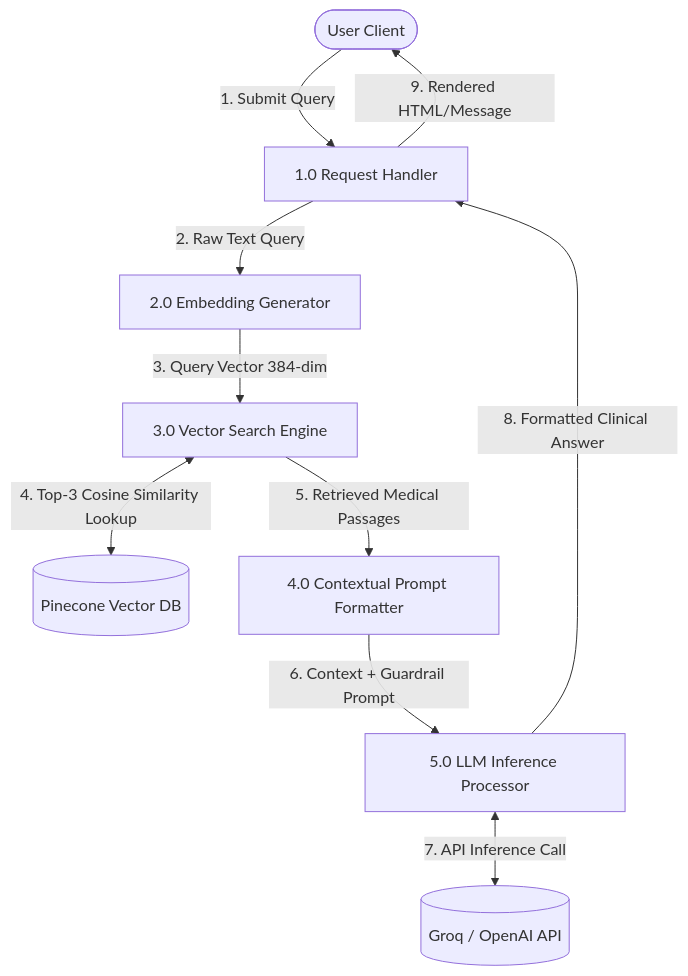
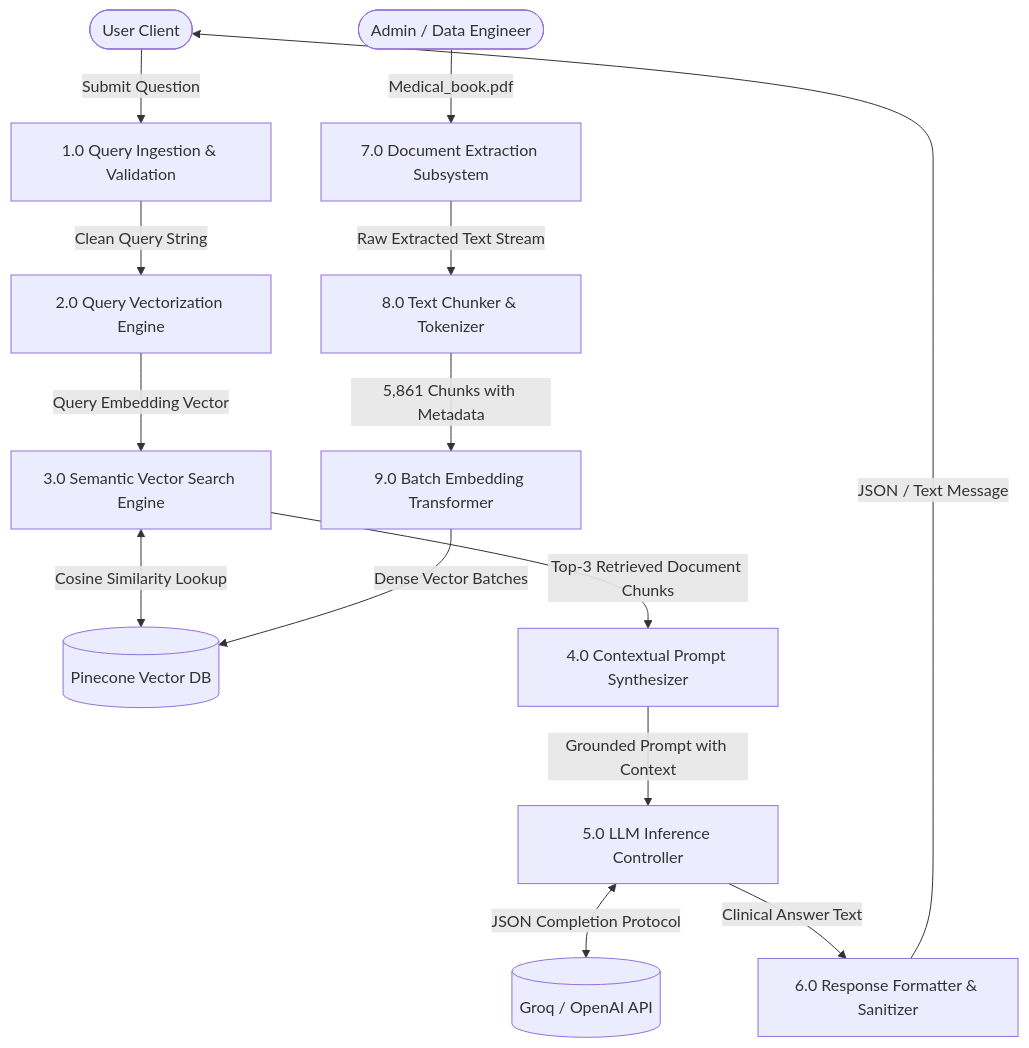
The third of 7 diagrams in context.md (nirajmandal1/medico), drawn with Mermaid before and after one commit. The commit also changed other lines of this file, not shown here.

Commit message:
Update context.md with in-depth academic engineering capstone report and comprehensive DFDs

````diff
--- a/context.md
+++ b/context.md
@@ -86,12 +313,17 @@
 ```mermaid
 graph TD
-    User([User Client]) -->|1. Submit Query| RouteHandler[1.0 Request Handler]
-    RouteHandler -->|2. Raw Text Query| EmbedModule[2.0 Embedding Generator]
-    EmbedModule -->|3. Query Vector 384-dim| SearchEngine[3.0 Vector Search Engine]
-    SearchEngine <-->|4. Top-3 Cosine Similarity Lookup| PineconeStore[(Pinecone Vector DB)]
-    SearchEngine -->|5. Retrieved Medical Passages| PromptBuilder[4.0 Contextual Prompt Formatter]
-    PromptBuilder -->|6. Context + Guardrail Prompt| LLMInference[5.0 LLM Inference Processor]
-    LLMInference <-->|7. API Inference Call| ExternalLLM[(Groq / OpenAI API)]
-    LLMInference -->|8. Formatted Clinical Answer| RouteHandler
-    RouteHandler -->|9. Rendered HTML/Message| User
+    User([User Client]) -->|Submit Question| P1[1.0 Query Ingestion & Validation]
+    P1 -->|Clean Query String| P2[2.0 Query Vectorization Engine]
+    P2 -->|Query Embedding Vector| P3[3.0 Semantic Vector Search Engine]
+    P3 <-->|Cosine Similarity Lookup| D1[(Pinecone Vector DB)]
+    P3 -->|Top-3 Retrieved Document Chunks| P4[4.0 Contextual Prompt Synthesizer]
+    P4 -->|Grounded Prompt with Context| P5[5.0 LLM Inference Controller]
+    P5 <-->|JSON Completion Protocol| D2[(Groq / OpenAI API)]
+    P5 -->|Clinical Answer Text| P6[6.0 Response Formatter & Sanitizer]
+    P6 -->|JSON / Text Message| User
+
+    Admin([Admin / Data Engineer]) -->|Medical_book.pdf| P7[7.0 Document Extraction Subsystem]
+    P7 -->|Raw Extracted Text Stream| P8[8.0 Text Chunker & Tokenizer]
+    P8 -->|5,861 Chunks with Metadata| P9[9.0 Batch Embedding Transformer]
+    P9 -->|Dense Vector Batches| D1
 ```
````
